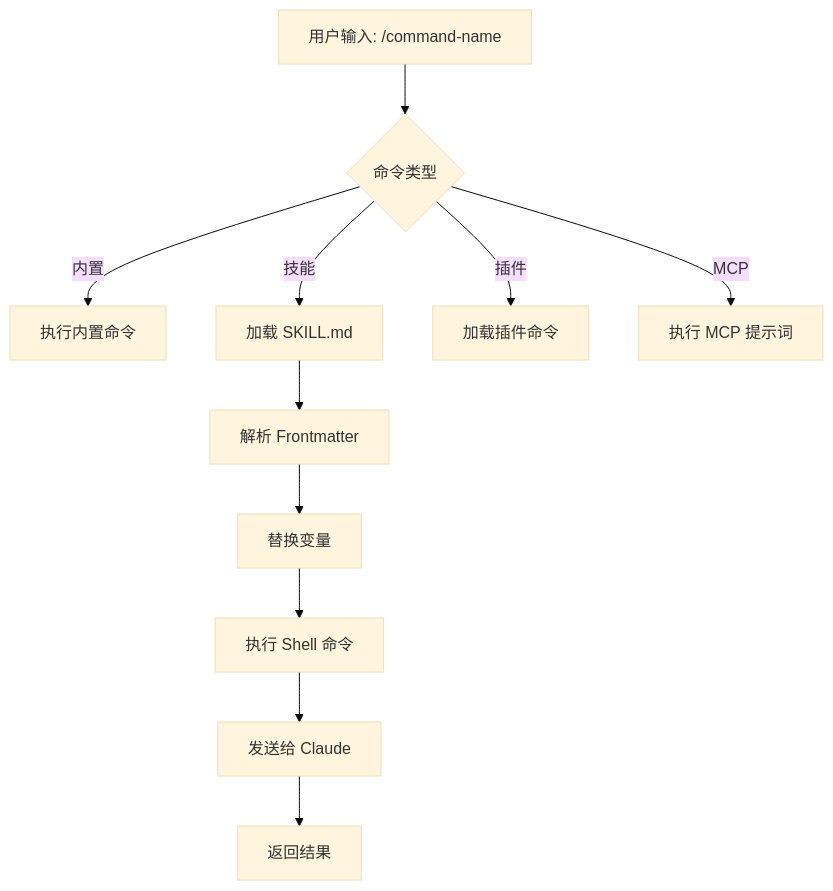
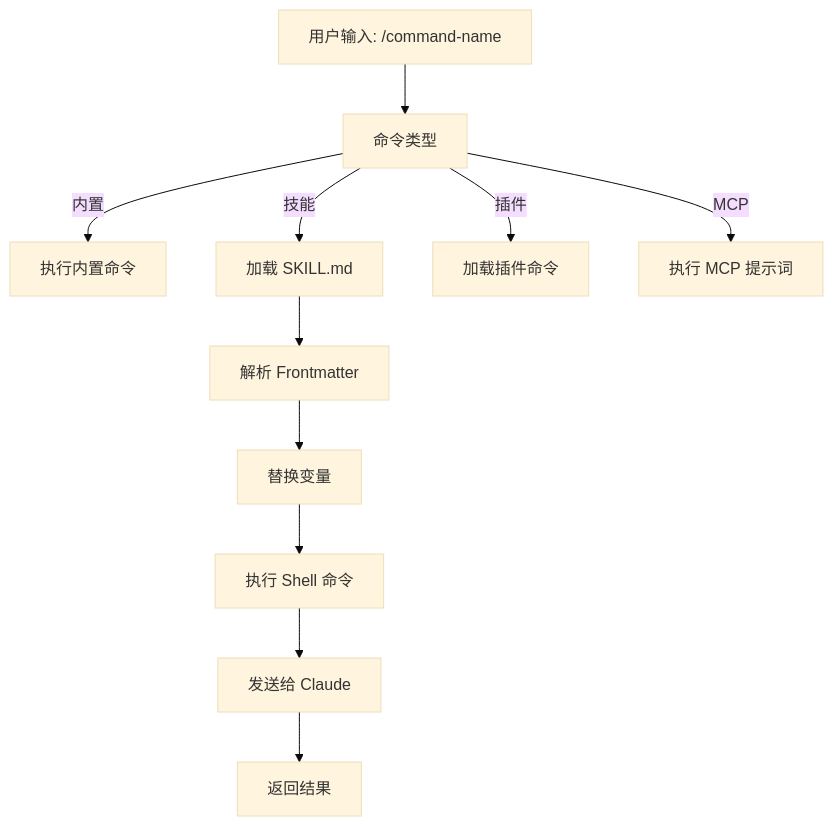
The first of 2 diagrams in 01-slash-commands/README.md (Rx782-Fss/claude-howto-zh), drawn with Mermaid (base theme) before and after one commit. The commit also changed 3 other files, not shown here.

Commit message:
fix: 将所有 Mermaid 菱形节点{}中文改为方形[]避免 GitHub Parse error (10处)

````diff
--- a/01-slash-commands/README.md
+++ b/01-slash-commands/README.md
@@ -298,14 +298,14 @@
 ```mermaid
 graph TD
-    A["用户输入: /command-name"] --> B{"命令类型"}
+    A["用户输入: /command-name"] --> B["命令类型"]
     B -->|内置| C["执行内置命令"]
     B -->|技能| D["加载 SKILL.md"]
     B -->|插件| E["加载插件命令"]
     B -->|MCP| F["执行 MCP 提示词"]
 
     D --> G["解析 Frontmatter"]
     G --> H["替换变量"]
     H --> I["执行 Shell 命令"]
     I --> J["发送给 Claude"]
     J --> K["返回结果"]
 ```
````
